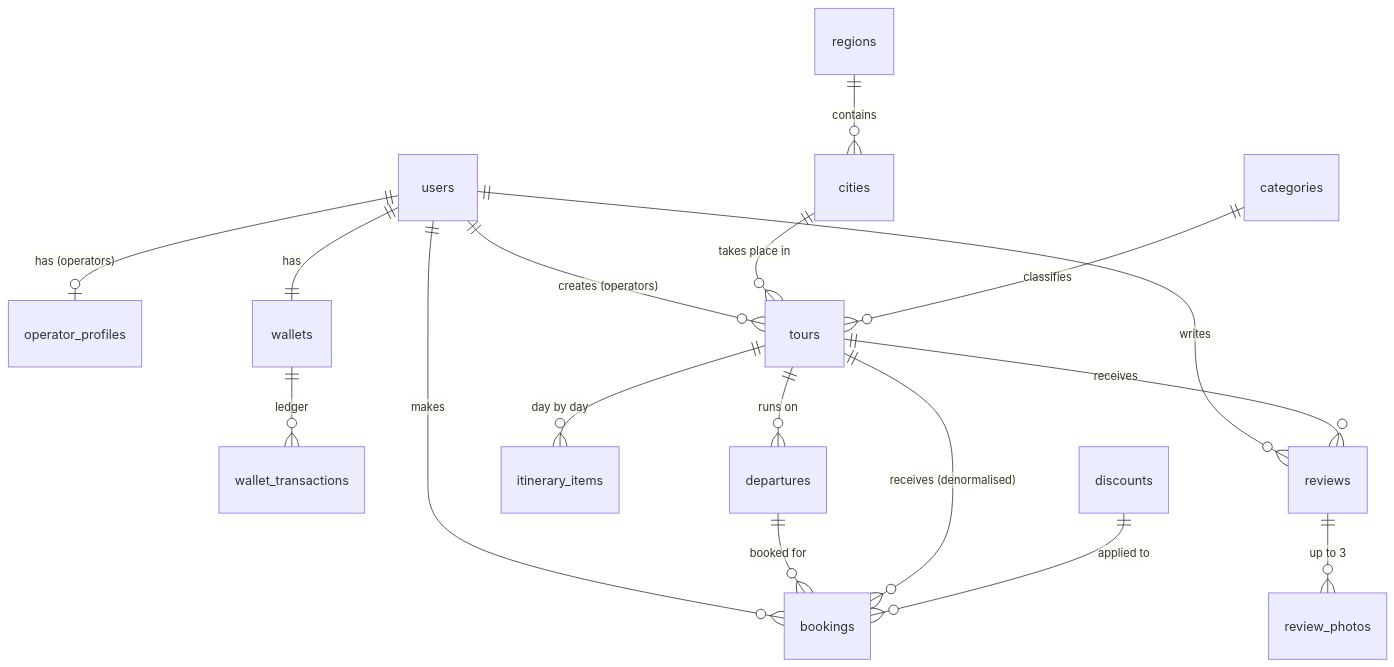
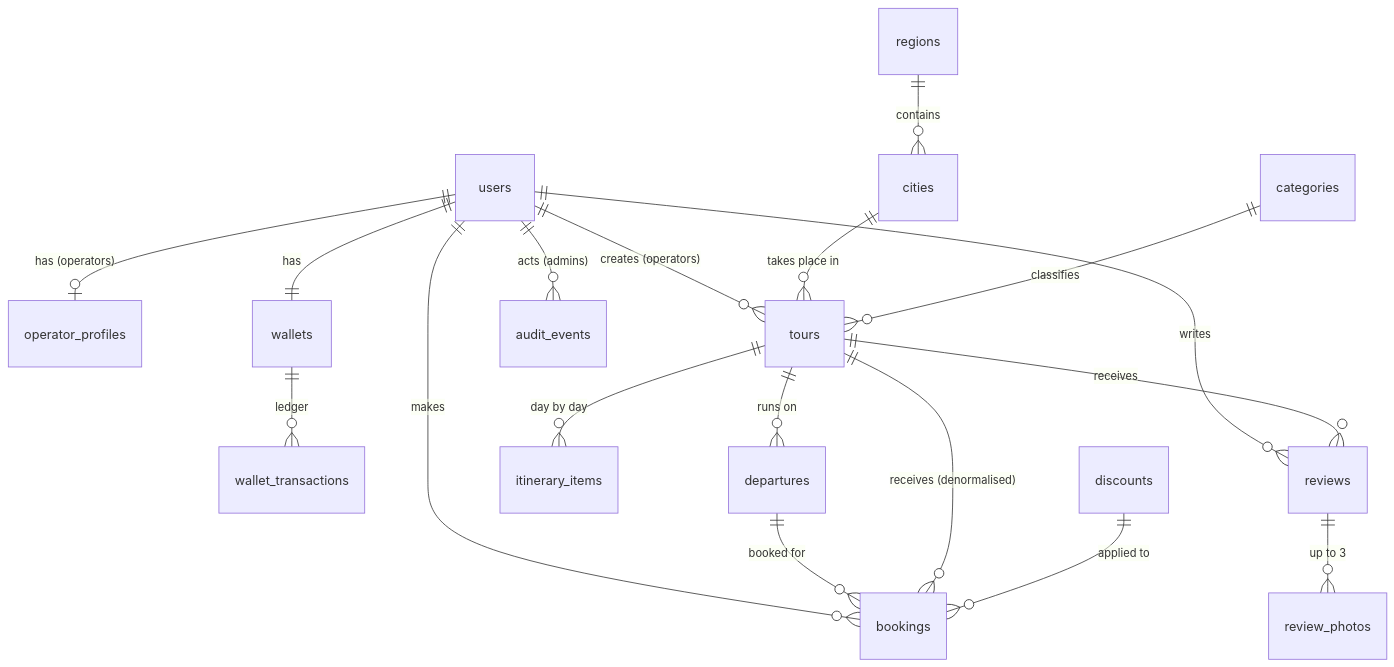
One commit to Mohammadabouali-svg/Lebanon_tourism changed the diagram in docs/04-database.md. Above: the diagram before and after it, drawn with Mermaid. The commit also changed other lines of this file and 25 other files, not shown here.

````diff
--- a/docs/04-database.md
+++ b/docs/04-database.md
@@ -5,19 +5,20 @@
 ```mermaid
 erDiagram
     users ||--o| operator_profiles : "has (operators)"
     users ||--|| wallets : has
     wallets ||--o{ wallet_transactions : "ledger"
     users ||--o{ tours : "creates (operators)"
     users ||--o{ bookings : makes
     users ||--o{ reviews : writes
     regions ||--o{ cities : contains
     cities ||--o{ tours : "takes place in"
     categories ||--o{ tours : classifies
     tours ||--o{ itinerary_items : "day by day"
     tours ||--o{ departures : "runs on"
     departures ||--o{ bookings : "booked for"
     tours ||--o{ bookings : "receives (denormalised)"
     tours ||--o{ reviews : receives
     reviews ||--o{ review_photos : "up to 3"
     discounts ||--o{ bookings : "applied to"
+    users ||--o{ audit_events : "acts (admins)"
 ```
````
